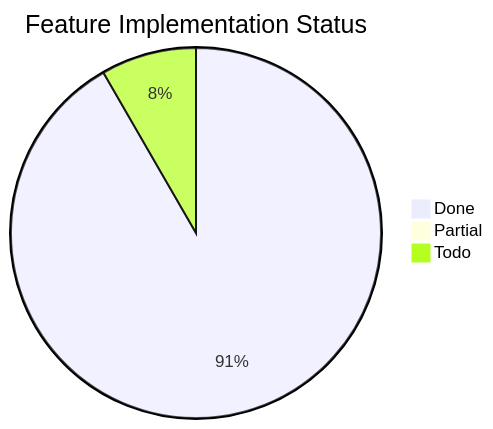
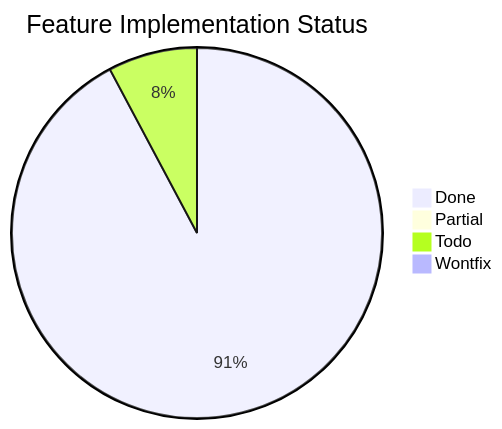
One commit to Papyrine/Morph changed the third of 3 diagrams in docs/word-features.md. Above: the diagram before and after it, drawn with Mermaid. The commit also changed other lines of this file and 2 other files, not shown here.

````diff
--- a/docs/word-features.md
+++ b/docs/word-features.md
@@ -2244,6 +2244,7 @@
 ```mermaid
 pie title Feature Implementation Status
     "Done" : 154
     "Partial" : 1
-    "Todo" : 14
+    "Todo" : 13
+    "Wontfix" : 1
 ```
````
